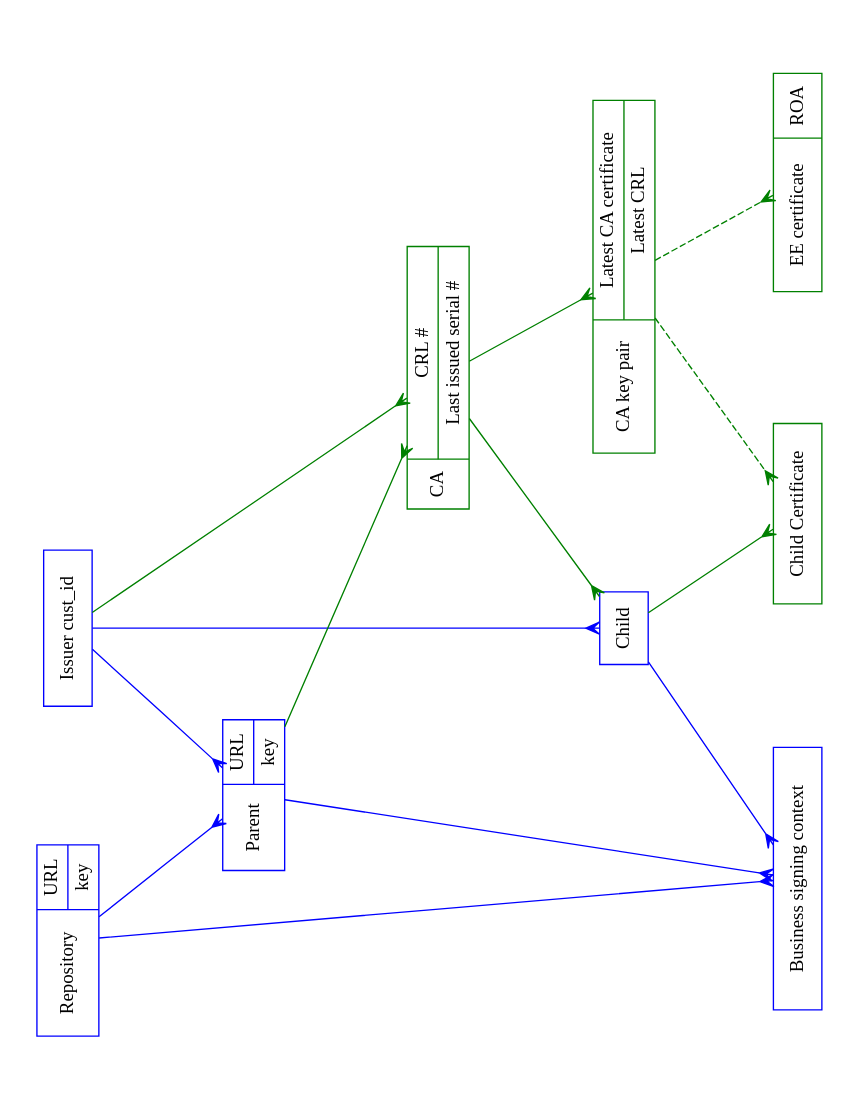
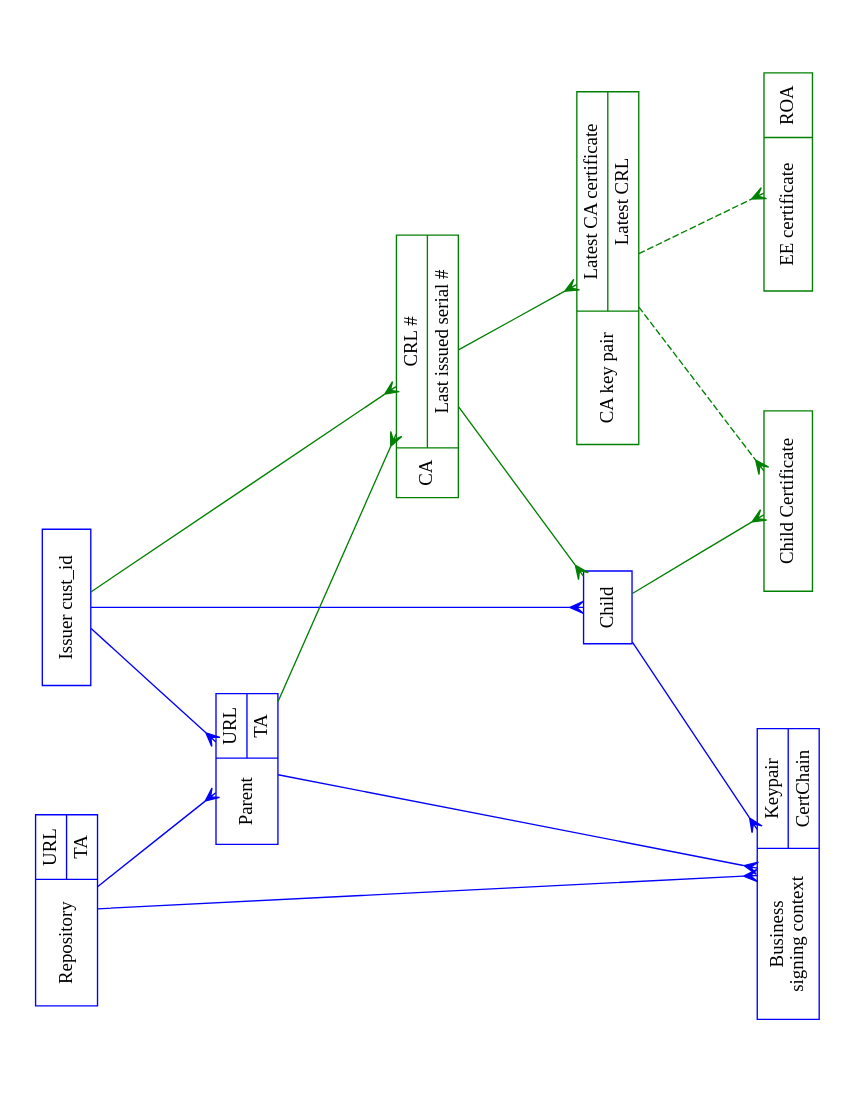
One commit to dragonresearch/rpki.net changed the diagram in docs/images/whiteboard-object-model.dot. Above: the diagram before and after it, drawn with Graphviz.

Commit message:
Apparently Rob's keyhole glyph meant "trust anchor", not "key". Start listing attributes, where known.
svn path=/docs/images/whiteboard-object-model.dot; revision=564

```diff
--- a/docs/images/whiteboard-object-model.dot
+++ b/docs/images/whiteboard-object-model.dot
@@ -1,61 +1,61 @@
 // $URL$
 // $Id$
 
 // This is an attempt to capture
 // http://subvert-rpki.hactrn.net/docs/prague-whiteboard-2007-03-22-23:15:01.jpg
 
 // {arrowhead,arrowtail} shapes to use for database object relationships:
 //   1-  none
 //   m-  crow
 // Color code:
 //   Blue:  visible in left-right protocol
 //   Green: created on the fly
 
 digraph gsstsig_systems {
 	rotate=90;	size="11,8.5";	splines=true;	ratio=fill;
 	node		[ shape=record ];
 
 	// Objects visible in left-to-right protocol
 	node		[ color=blue ];
 	issuer		[ label="Issuer cust_id" ];
-	parent		[ label="Parent|{URL|key}" ];
-	repo		[ label="Repository|{URL|key}" ];
+	parent		[ label="Parent|{URL|TA}" ];
+	repo		[ label="Repository|{URL|TA}" ];
 	child		[ label="Child" ];
-	biz_sign	[ label="Business signing context" ];
+	biz_sign	[ label="Business\nsigning context|{Keypair|CertChain}" ];
 
 	// Objects created on the fly by the RPKI engine
 	node		[ color=green ];
 	ca		[ label="CA|{CRL #|Last issued serial #}" ];
 	child_cert	[ label="Child Certificate" ];
 	ee_cert		[ label="EE certificate|{ROA}" ];
 	ca_key_pair	[ label="CA key pair|{Latest CA certificate|Latest CRL}" ];
 
 	// One-many mappings
 	edge [ color=blue, arrowtail=none, arrowhead=crow ];
 	child -> biz_sign;
 	issuer -> child;
 	issuer -> parent;
 	parent -> biz_sign;
 	repo -> biz_sign;
 	repo -> parent;
 
 	// Many-many mappings
 	edge [ color=green, arrowtail=crow, arrowhead=crow ];
 	ca -> child;
 
 	// One-many mappings
 	edge [ color=green, arrowtail=none, arrowhead=crow ];
 	ca -> ca_key_pair;
 	child -> child_cert;
 	issuer -> ca;
 	parent -> ca;
 
 	// Weird one-many
 	edge [ color=green, arrowtail=none, arrowhead=crow, style=dashed ];
 	ca_key_pair -> child_cert;
 	ca_key_pair -> ee_cert;
 }
 
 // Local Variables:
 // compile-command: "neato -Tps2 whiteboard-object-model.dot | ps2pdf - whiteboard-object-model.pdf"
 // End:
```
